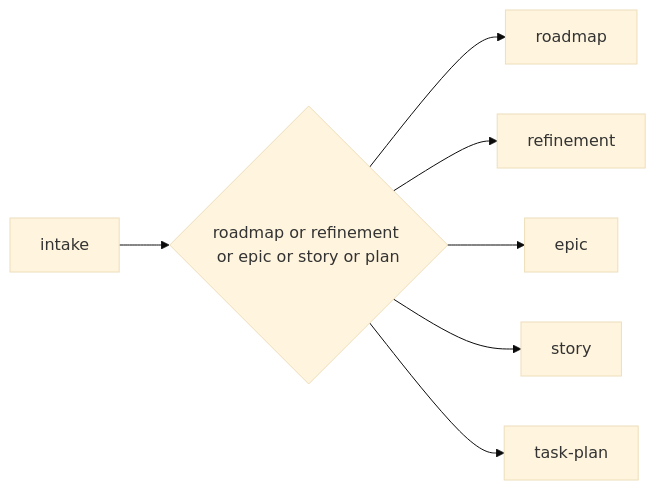
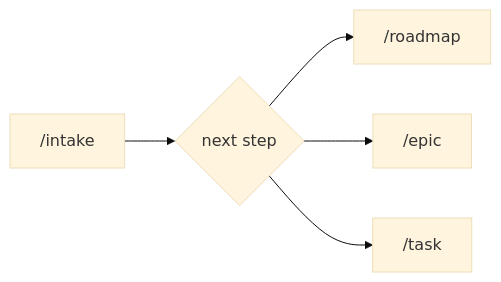
Before and after one commit to djalmajr/essential-skills: the diagram in skills/agile-intake/SKILL.md, drawn with Mermaid (base theme). The commit also changed other lines of this file and 60 other files, not shown here.

````diff
--- a/skills/agile-intake/SKILL.md
+++ b/skills/agile-intake/SKILL.md
@@ -115,9 +113,7 @@
 ```mermaid
 flowchart LR
-    A[intake] --> B{roadmap or refinement or epic or story or plan}
-    B --> C[roadmap]
-    B --> D[refinement]
-    B --> E[epic]
-    B --> F[story]
-    B --> G["task-plan"]
+    A["/intake"] --> B{next step}
+    B --> C["/roadmap"]
+    B --> D["/epic"]
+    B --> E["/task"]
 ```
````
